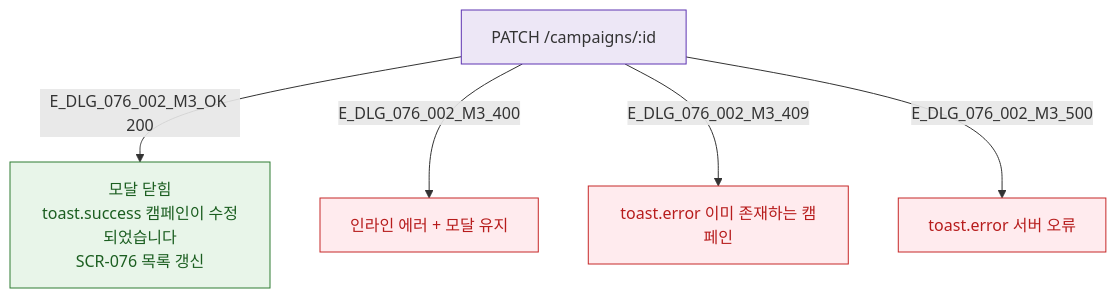
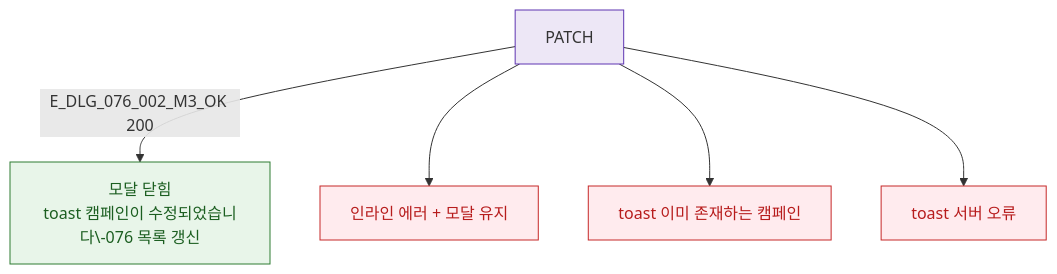
The diagram in docs/다이어그램/D08_마케팅/DLG/DLG-076-002/M3_결과분기.md (dev-spogym/admin-pando), drawn with Mermaid before and after one commit. The commit also changed other lines of this file and 1660 other files, not shown here.

First line of the commit message:
다이어그램: 기획자/클라이언트 납품본으로 정리

````diff
--- a/docs/다이어그램/D08_마케팅/DLG/DLG-076-002/M3_결과분기.md
+++ b/docs/다이어그램/D08_마케팅/DLG/DLG-076-002/M3_결과분기.md
@@ -14,15 +12,15 @@
 ```mermaid
 flowchart TD
-  API[PATCH /campaigns/:id] -->|E_DLG_076_002_M3_OK 200| SUCCESS[모달 닫힘\ntoast.success 캠페인이 수정되었습니다\nSCR-076 목록 갱신]
-  API -->|E_DLG_076_002_M3_400| ERR_400[인라인 에러 + 모달 유지]
-  API -->|E_DLG_076_002_M3_409| ERR_409[toast.error 이미 존재하는 캠페인]
-  API -->|E_DLG_076_002_M3_500| ERR_500[toast.error 서버 오류]
+  API[PATCH] -->|E_DLG_076_002_M3_OK 200|SUCCESS[모달 닫힘\ntoast 캠페인이 수정되었습니다\-076 목록 갱신]
+  API --> ERR_400[인라인 에러 + 모달 유지]
+  API --> ERR_409[toast 이미 존재하는 캠페인]
+  API --> ERR_500[toast 서버 오류]
 
   classDef success fill:#E8F5E9,stroke:#2E7D32,color:#1B5E20
-  classDef error   fill:#FFEBEE,stroke:#C62828,color:#B71C1C
-  classDef system  fill:#EDE7F6,stroke:#5E35B2
+  classDef error fill:#FFEBEE,stroke:#C62828,color:#B71C1C
+  classDef system fill:#EDE7F6,stroke:#5E35B2
 
   class SUCCESS success
   class ERR_400,ERR_409,ERR_500 error
   class API system
 ```
````
